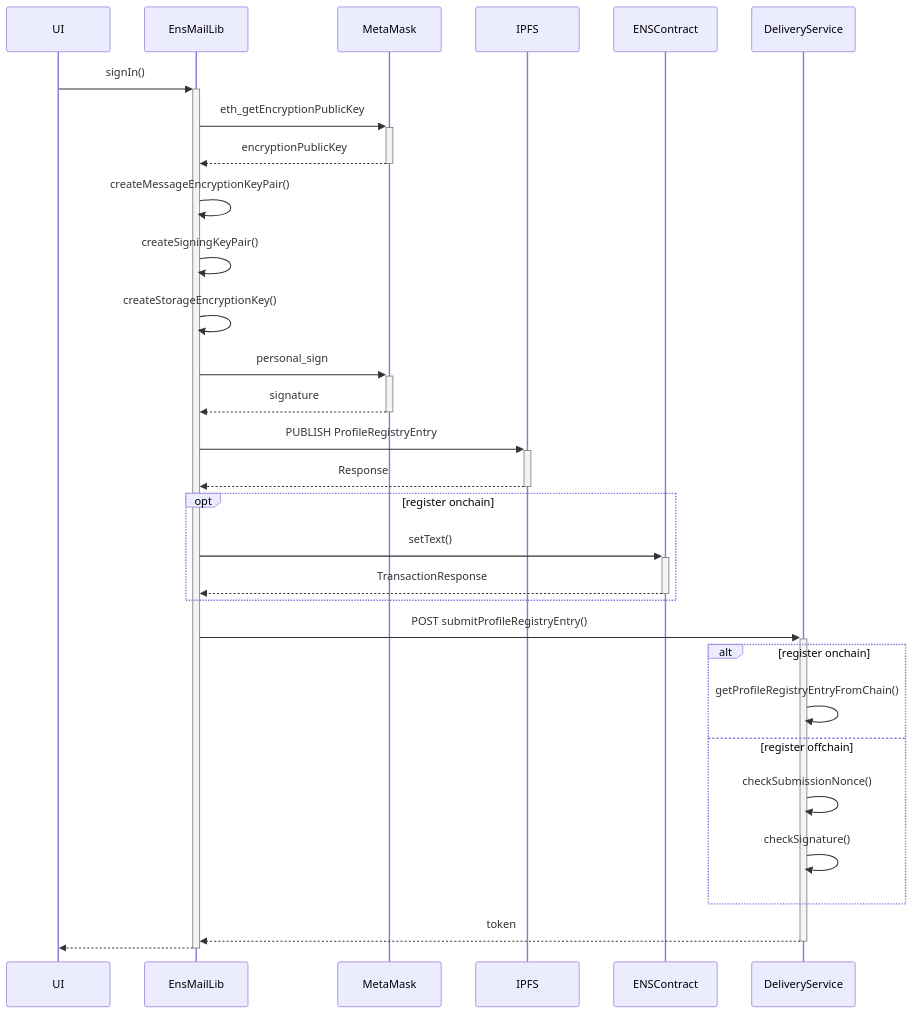
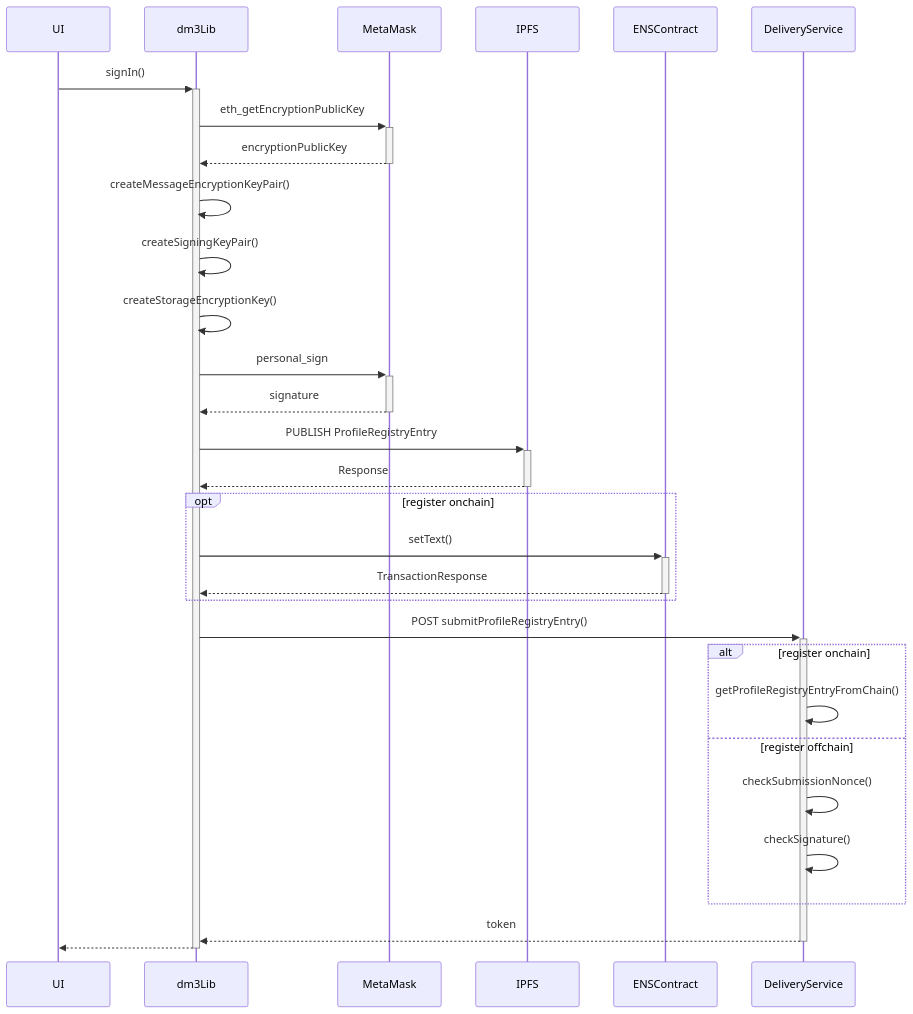
One commit to dm3-org/dm3 changed the second of 5 diagrams in README.md. Above: the diagram before and after it, drawn with Mermaid. The commit also changed other lines of this file and 206 other files, not shown here.

````diff
--- a/README.md
+++ b/README.md
@@ -74,30 +74,30 @@
 ```mermaid
   sequenceDiagram
-    UI->>+EnsMailLib: signIn()
-    EnsMailLib->>+MetaMask: eth_getEncryptionPublicKey
-    MetaMask-->>-EnsMailLib: encryptionPublicKey
+    UI->>+dm3Lib: signIn()
+    dm3Lib->>+MetaMask: eth_getEncryptionPublicKey
+    MetaMask-->>-dm3Lib: encryptionPublicKey
 
-    EnsMailLib->>EnsMailLib: createMessageEncryptionKeyPair()
-    EnsMailLib->>EnsMailLib: createSigningKeyPair()
-    EnsMailLib->>EnsMailLib: createStorageEncryptionKey()
+    dm3Lib->>dm3Lib: createMessageEncryptionKeyPair()
+    dm3Lib->>dm3Lib: createSigningKeyPair()
+    dm3Lib->>dm3Lib: createStorageEncryptionKey()
   
-    EnsMailLib->>+MetaMask: personal_sign
-    MetaMask-->>-EnsMailLib: signature
-    EnsMailLib->>+ IPFS : PUBLISH ProfileRegistryEntry
-    IPFS-->>- EnsMailLib: Response
+    dm3Lib->>+MetaMask: personal_sign
+    MetaMask-->>-dm3Lib: signature
+    dm3Lib->>+ IPFS : PUBLISH ProfileRegistryEntry
+    IPFS-->>- dm3Lib: Response
     opt register onchain
-      EnsMailLib->>+ ENSContract : setText()
-      ENSContract-->>- EnsMailLib: TransactionResponse
+      dm3Lib->>+ ENSContract : setText()
+      ENSContract-->>- dm3Lib: TransactionResponse
     end
-    EnsMailLib->>+ DeliveryService: POST submitProfileRegistryEntry()
+    dm3Lib->>+ DeliveryService: POST submitProfileRegistryEntry()
     alt register onchain
       DeliveryService->> DeliveryService: getProfileRegistryEntryFromChain()
     else register offchain
       DeliveryService->> DeliveryService: checkSubmissionNonce()
       DeliveryService->> DeliveryService: checkSignature()
     end
-    DeliveryService-->>- EnsMailLib: token
+    DeliveryService-->>- dm3Lib: token
 
 
-    EnsMailLib-->>-UI: 
+    dm3Lib-->>-UI: 
 ```
````
